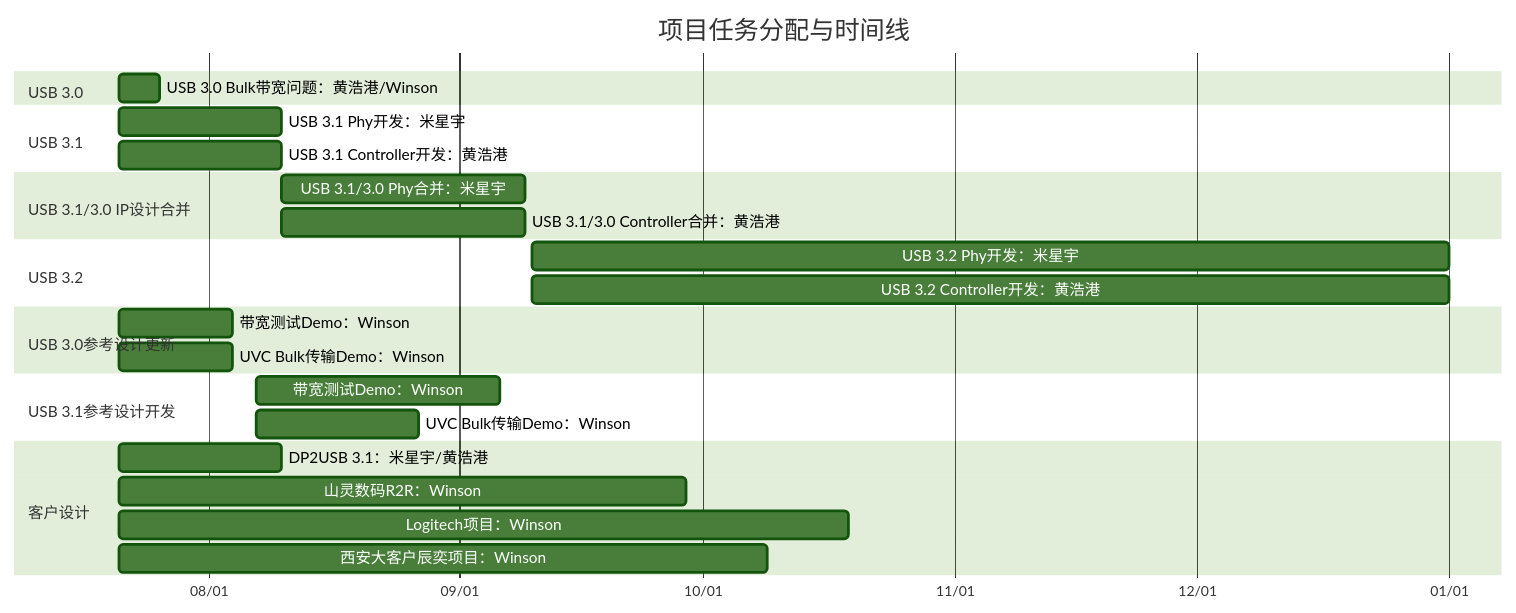
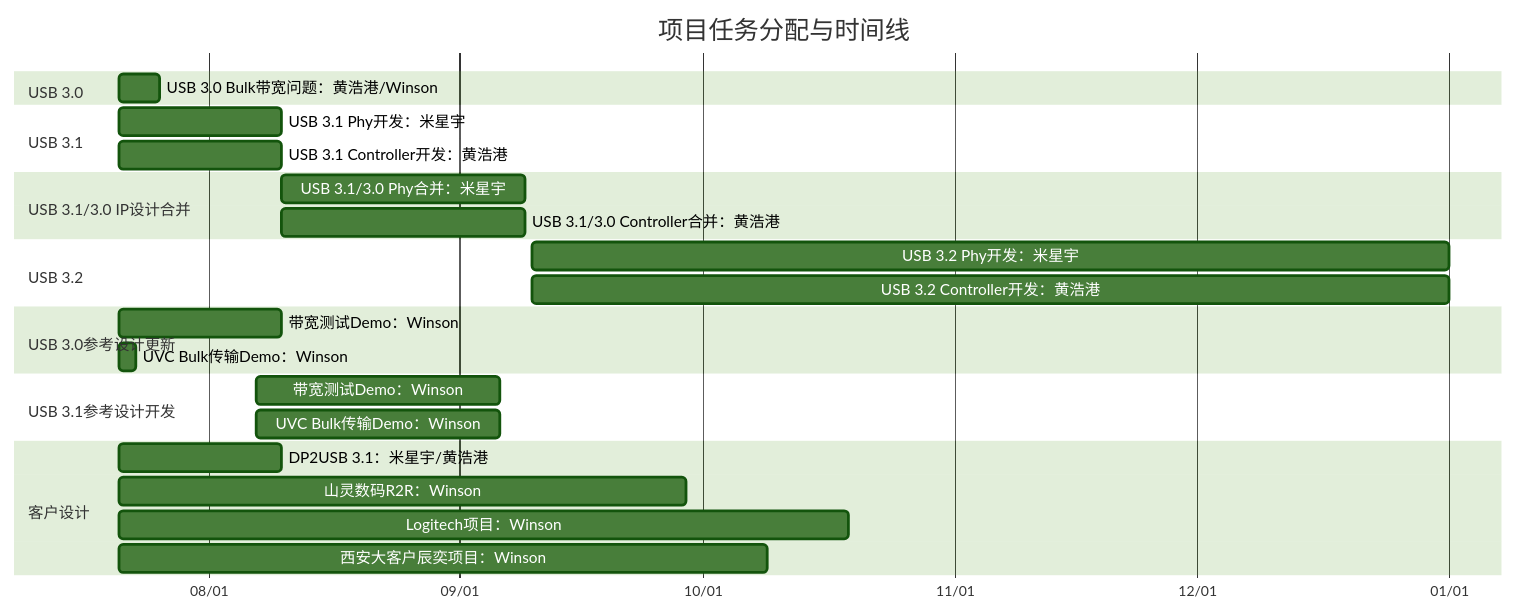
One commit to winsonbook/iodraw-files changed the diagram in all/未命名.md. Above: the diagram before and after it, drawn with Mermaid (forest theme).

Commit message:
2025-07-21 10:17:35 update

````diff
--- a/all/未命名.md
+++ b/all/未命名.md
@@ -1,35 +1,35 @@
 ```mermaid
 gantt
     title 项目任务分配与时间线
     dateFormat  YYYY-MM-DD
     axisFormat  %m/%d
 
     section USB 3.0
     USB 3.0 Bulk带宽问题：黄浩港/Winson   :    task1, 2025-07-21, 5d
 
     section USB 3.1
     USB 3.1 Phy开发：米星宇      :         task2, 2025-07-21, 20d
     USB 3.1 Controller开发：黄浩港      :  task3, 2025-07-21, 20d
 
     section USB 3.1/3.0 IP设计合并
     USB 3.1/3.0 Phy合并：米星宇       :    task4, 2025-08-10, 30d
     USB 3.1/3.0 Controller合并：黄浩港:    task5, 2025-08-10, 30d
 
     section USB 3.2
     USB 3.2 Phy开发：米星宇      :         task2, 2025-09-10, 113d
     USB 3.2 Controller开发：黄浩港      :  task3, 2025-09-10, 113d
 
     section USB 3.0参考设计更新
-    带宽测试Demo：Winson       :         task6, 2025-07-21, 14d
-    UVC Bulk传输Demo：Winson   :        task7, 2025-07-21, 14d
+    带宽测试Demo：Winson       :         task6, 2025-07-21, 20d
+    UVC Bulk传输Demo：Winson   :        task7, 2025-07-21, 2d
 
     section USB 3.1参考设计开发
     带宽测试Demo：Winson       :         task8, 2025-08-07, 30d
-    UVC Bulk传输Demo：Winson   :         task9, 2025-08-07, 20d
+    UVC Bulk传输Demo：Winson   :         task9, 2025-08-07, 30d
 
     section 客户设计
     DP2USB 3.1：米星宇/黄浩港      :task10, 2025-07-21, 20d
     山灵数码R2R：Winson :             task11, 2025-07-21, 70d
     Logitech项目：Winson :            task12, 2025-07-21, 90d
     西安大客户辰奕项目：Winson :       task13, 2025-07-21, 80d
 ```
````
